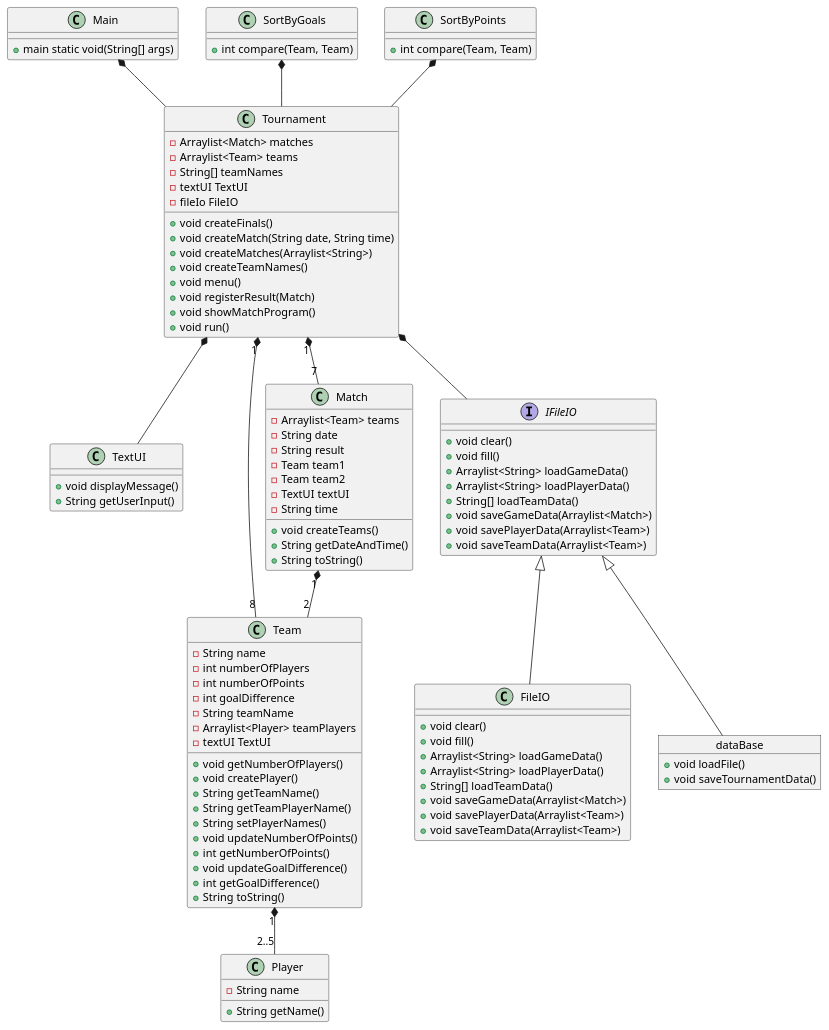
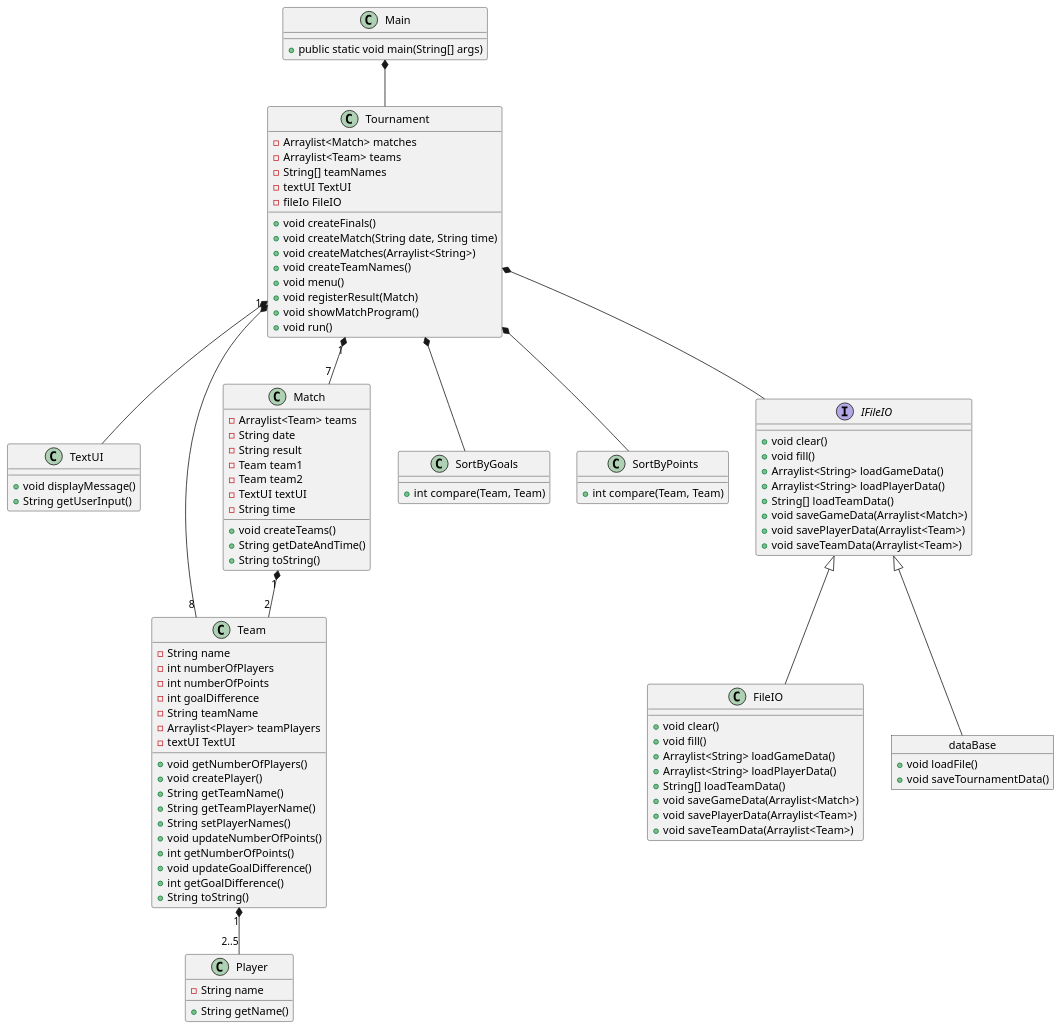
The diagram in src/KlasseDiagram.puml (LucasHemm/BordFodbold), drawn with PlantUML before and after one commit.

Commit message:
Updated class diagram

```diff
--- a/src/KlasseDiagram.puml
+++ b/src/KlasseDiagram.puml
@@ -1,113 +1,113 @@
 @startuml
 class Main
 class TextUI
 class FileIO
 class Team
 class Match
 class Tournament
 class Player
 class SortByGoals
 class SortByPoints
 interface IFileIO
 object dataBase
 
-Main : +main static void(String[] args)
+Main : + public static void main(String[] args)
 
 
 IFileIO : + void clear()
 IFileIO : + void fill()
 IFileIO : + Arraylist<String> loadGameData()
 IFileIO : + Arraylist<String> loadPlayerData()
 IFileIO : + String[] loadTeamData()
 IFileIO : + void saveGameData(Arraylist<Match>)
 IFileIO : + void savePlayerData(Arraylist<Team>)
 IFileIO : + void saveTeamData(Arraylist<Team>)
 
 FileIO : + void clear()
 FileIO : + void fill()
 FileIO : + Arraylist<String> loadGameData()
 FileIO : + Arraylist<String> loadPlayerData()
 FileIO : + String[] loadTeamData()
 FileIO : + void saveGameData(Arraylist<Match>)
 FileIO : + void savePlayerData(Arraylist<Team>)
 FileIO : + void saveTeamData(Arraylist<Team>)
 
 
 dataBase : + void loadFile()
 dataBase : + void saveTournamentData()
 
 TextUI : + void displayMessage()
 TextUI : + String getUserInput()
 
 
 Team : -String name
 Team : -int numberOfPlayers
 Team : -int numberOfPoints
 Team : -int goalDifference
 Team : -String teamName
 Team : -Arraylist<Player> teamPlayers
 Team : -textUI TextUI
 Team : +void getNumberOfPlayers()
 Team : +void createPlayer()
 Team : +String getTeamName()
 Team : +String getTeamPlayerName()
 Team : +String setPlayerNames()
 Team : +void updateNumberOfPoints()
 Team : +int getNumberOfPoints()
 Team : +void updateGoalDifference()
 Team : +int getGoalDifference()
 Team : +String toString()
 
 
 Match : -Arraylist<Team> teams
 Match : -String date
 Match : -String result
 Match : -Team team1
 Match : -Team team2
 Match : -TextUI textUI
 Match : -String time
 Match : +void createTeams()
 Match : +String getDateAndTime()
 Match : +String toString()
 
 
 Tournament : -Arraylist<Match> matches
 Tournament : -Arraylist<Team> teams
 Tournament : -String[] teamNames
 Tournament : -textUI TextUI
 Tournament : -fileIo FileIO
 Tournament : +void createFinals()
 Tournament : +void createMatch(String date, String time)
 Tournament : +void createMatches(Arraylist<String>)
 Tournament : +void createTeamNames()
 Tournament : +void menu()
 Tournament : +void registerResult(Match)
 Tournament : +void showMatchProgram()
 Tournament : +void run()
 
 
 Player : -String name
 Player : +String getName()
 
 SortByGoals : +int compare(Team, Team)
 
 SortByPoints : +int compare(Team, Team)
 
 Main *-- Tournament
 
 IFileIO <|-- FileIO
 IFileIO <|-- dataBase
 
 Tournament *-- IFileIO
 Tournament *--TextUI
 Tournament "1" *-- "7" Match
 Tournament "1" *-- "8" Team
 
 Match "1" *-- "2" Team
 
 Team "1" *-- "2..5" Player
 
-SortByGoals *-- Tournament
+Tournament *-- SortByGoals
 
-SortByPoints *-- Tournament
+Tournament *-- SortByPoints
 @enduml
```
